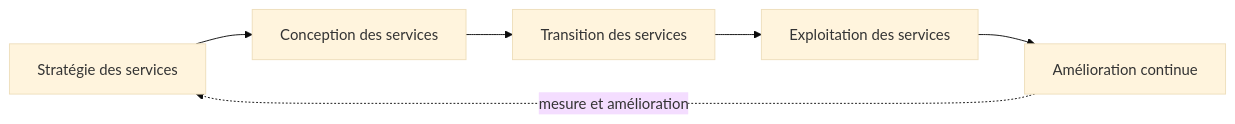
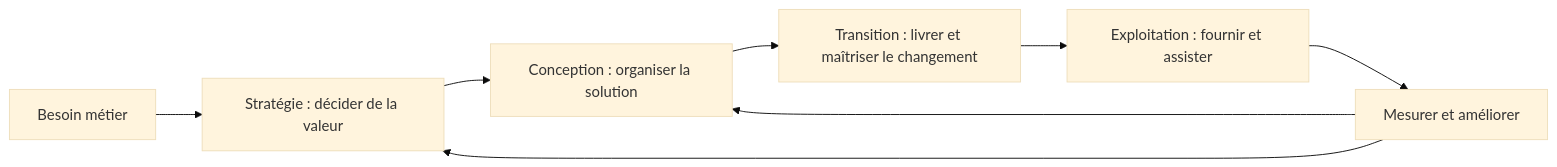
Before and after one commit to sk34pk25/tssr-cours: the diagram in docs/modules/06-sensibilisation-itil-gestion-parc/module-01-presentation-d-itil-et-historique.md, drawn with Mermaid (base theme). The commit also changed other lines of this file and 864 other files, not shown here.

````diff
--- a/docs/modules/06-sensibilisation-itil-gestion-parc/module-01-presentation-d-itil-et-historique.md
+++ b/docs/modules/06-sensibilisation-itil-gestion-parc/module-01-presentation-d-itil-et-historique.md
@@ -30,5 +18,10 @@
 ```mermaid
 flowchart LR
-    S["Stratégie des services"] --> C["Conception des services"] --> T["Transition des services"] --> E["Exploitation des services"] --> A["Amélioration continue"]
-    A -. "mesure et amélioration" .-> S
+    B["Besoin métier"] --> S["Stratégie : décider de la valeur"]
+    S --> C["Conception : organiser la solution"]
+    C --> T["Transition : livrer et maîtriser le changement"]
+    T --> E["Exploitation : fournir et assister"]
+    E --> A["Mesurer et améliorer"]
+    A --> S
+    A --> C
 ```
````
